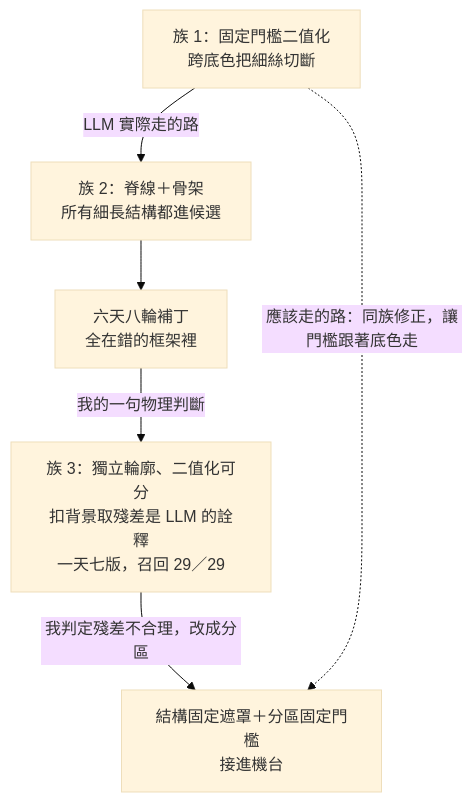
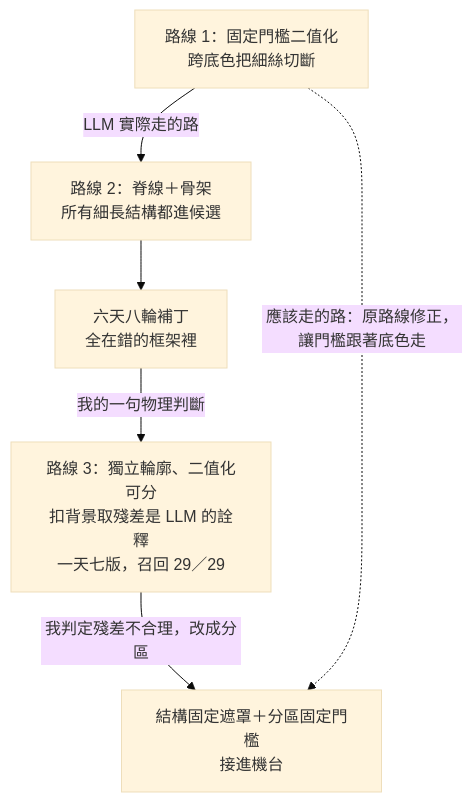
The diagram in growth/03_method_family_drift.md (dtgfdgfgf/BIO), drawn with Mermaid (base theme) before and after one commit. The commit also changed other lines of this file and 15 other files, not shown here.

````diff
--- a/growth/03_method_family_drift.md
+++ b/growth/03_method_family_drift.md
@@ -51,8 +53,8 @@
 ```mermaid
 flowchart TD
-  A["族 1：固定門檻二值化<br/>跨底色把細絲切斷"] -->|LLM 實際走的路| B["族 2：脊線＋骨架<br/>所有細長結構都進候選"]
+  A["路線 1：固定門檻二值化<br/>跨底色把細絲切斷"] -->|LLM 實際走的路| B["路線 2：脊線＋骨架<br/>所有細長結構都進候選"]
   B --> C["六天八輪補丁<br/>全在錯的框架裡"]
-  C -->|我的一句物理判斷| D["族 3：獨立輪廓、二值化可分<br/>扣背景取殘差是 LLM 的詮釋<br/>一天七版，召回 29／29"]
+  C -->|我的一句物理判斷| D["路線 3：獨立輪廓、二值化可分<br/>扣背景取殘差是 LLM 的詮釋<br/>一天七版，召回 29／29"]
   D -->|我判定殘差不合理，改成分區| E["結構固定遮罩＋分區固定門檻<br/>接進機台"]
-  A -.->|應該走的路：同族修正，讓門檻跟著底色走| E
+  A -.->|應該走的路：原路線修正，讓門檻跟著底色走| E
 ```
````
